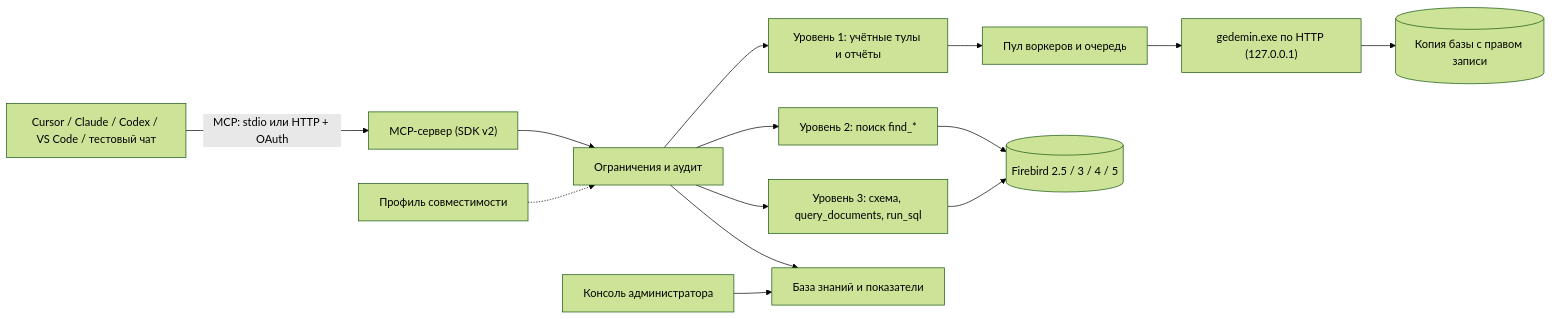
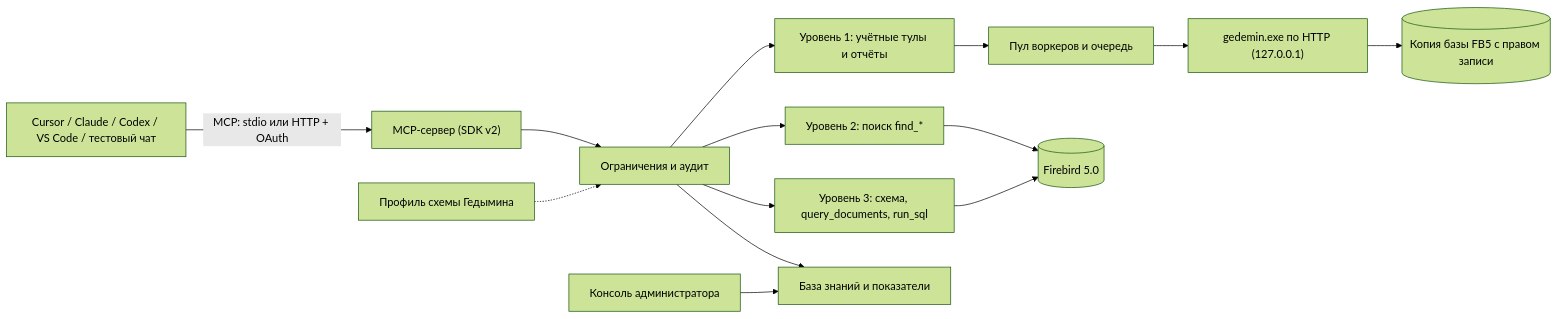
The diagram in docs/specs/001-mcp-server-v2/plan.md (hirurg-lybitel/MCP-Nexus), drawn with Mermaid (forest theme) before and after one commit. The commit also changed other lines of this file and 195 other files, not shown here.

````diff
--- a/docs/specs/001-mcp-server-v2/plan.md
+++ b/docs/specs/001-mcp-server-v2/plan.md
@@ -42,16 +44,16 @@
 ```mermaid
 flowchart LR
   Clients["Cursor / Claude / Codex / VS Code / тестовый чат"] -->|"MCP: stdio или HTTP + OAuth"| Server["MCP-сервер (SDK v2)"]
   Server --> Guard["Ограничения и аудит"]
   Guard --> L1["Уровень 1: учётные тулы и отчёты"]
   Guard --> L2["Уровень 2: поиск find_*"]
   Guard --> L3["Уровень 3: схема, query_documents, run_sql"]
   Guard --> KB["База знаний и показатели"]
   L1 --> Pool["Пул воркеров и очередь"]
   Pool --> Worker["gedemin.exe по HTTP (127.0.0.1)"]
-  L2 --> FB[("Firebird 2.5 / 3 / 4 / 5")]
+  L2 --> FB[("Firebird 5.0")]
   L3 --> FB
-  Worker --> Replica[("Копия базы с правом записи")]
-  Profile["Профиль совместимости"] -.-> Guard
+  Worker --> Replica[("Копия базы FB5 с правом записи")]
+  Profile["Профиль схемы Гедымина"] -.-> Guard
   Console["Консоль администратора"] --> KB
 ```
````
